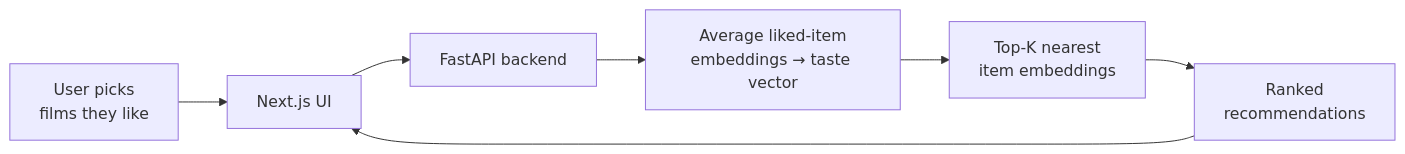
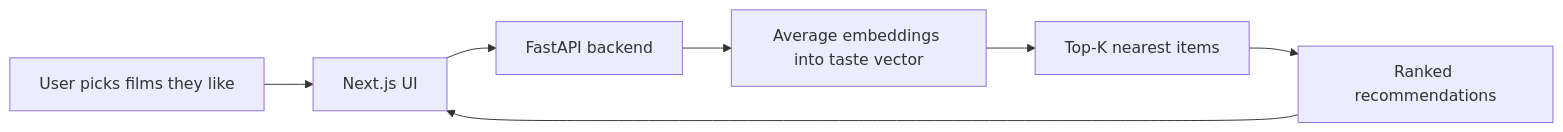
One commit to yashika48/CineMatch changed the second of 2 diagrams in README.md. Above: the diagram before and after it, drawn with Mermaid. The commit also changed other lines of this file, not shown here.

Commit message:
Revise flowchart labels in README.md
Updated flowchart labels for clarity and consistency.

````diff
--- a/README.md
+++ b/README.md
@@ -42,9 +42,9 @@
 ```mermaid
 flowchart LR
-    U[User picks<br/>films they like] --> N[Next.js UI]
-    N --> API[FastAPI backend]
-    API --> T[Average liked-item<br/>embeddings → taste vector]
-    T --> K[Top-K nearest<br/>item embeddings]
-    K --> R[Ranked<br/>recommendations]
+    U["User picks films they like"] --> N["Next.js UI"]
+    N --> API["FastAPI backend"]
+    API --> T["Average embeddings into taste vector"]
+    T --> K["Top-K nearest items"]
+    K --> R["Ranked recommendations"]
     R --> N
 ```
````
